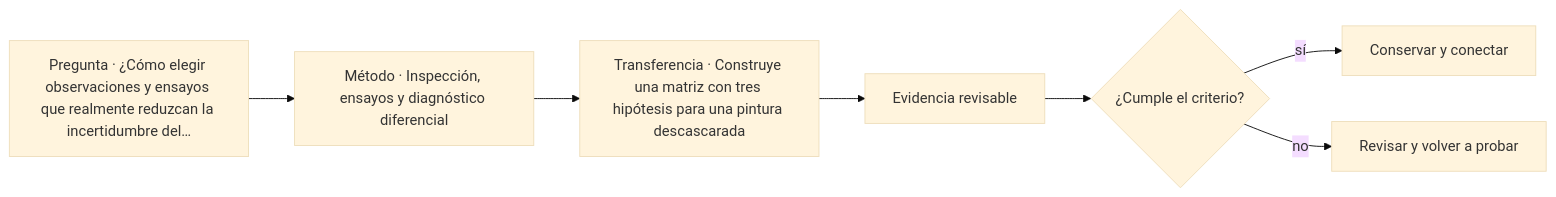
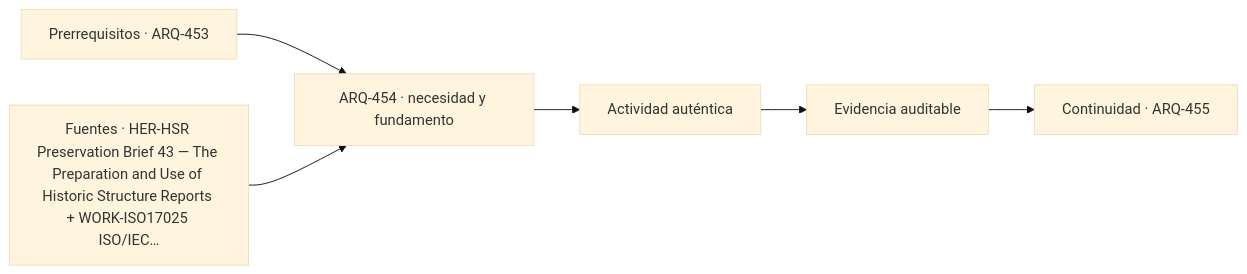
One commit to vladimiracunadev-create/architecture-built-environment-learning-program changed the diagram in classes/parte-46/ARQ-454.md. Above: the diagram before and after it, drawn with Mermaid (base theme). The commit also changed other lines of this file and 761 other files, not shown here.

````diff
--- a/classes/parte-46/ARQ-454.md
+++ b/classes/parte-46/ARQ-454.md
@@ -75,9 +87,8 @@
 ```mermaid
 flowchart LR
-    Q["Pregunta · ¿Cómo elegir observaciones y ensayos que realmente reduzcan la incertidumbre del…"] --> M["Método · Inspección, ensayos y diagnóstico diferencial"]
-    M --> P["Transferencia · Construye una matriz con tres hipótesis para una pintura descascarada"]
-    P --> E["Evidencia revisable"]
-    E --> C{"¿Cumple el criterio?"}
-    C -->|sí| T["Conservar y conectar"]
-    C -->|no| R["Revisar y volver a probar"]
+    A["Prerrequisitos · ARQ-453"] --> B["ARQ-454 · necesidad y fundamento"]
+    S["Fuentes · HER-HSR Preservation Brief 43 — The Preparation and Use of Historic Structure Reports + WORK-ISO17025 ISO/IEC…"] --> B
+    B --> C["Actividad auténtica"]
+    C --> D["Evidencia auditable"]
+    D --> E["Continuidad · ARQ-455"]
 ```
````
